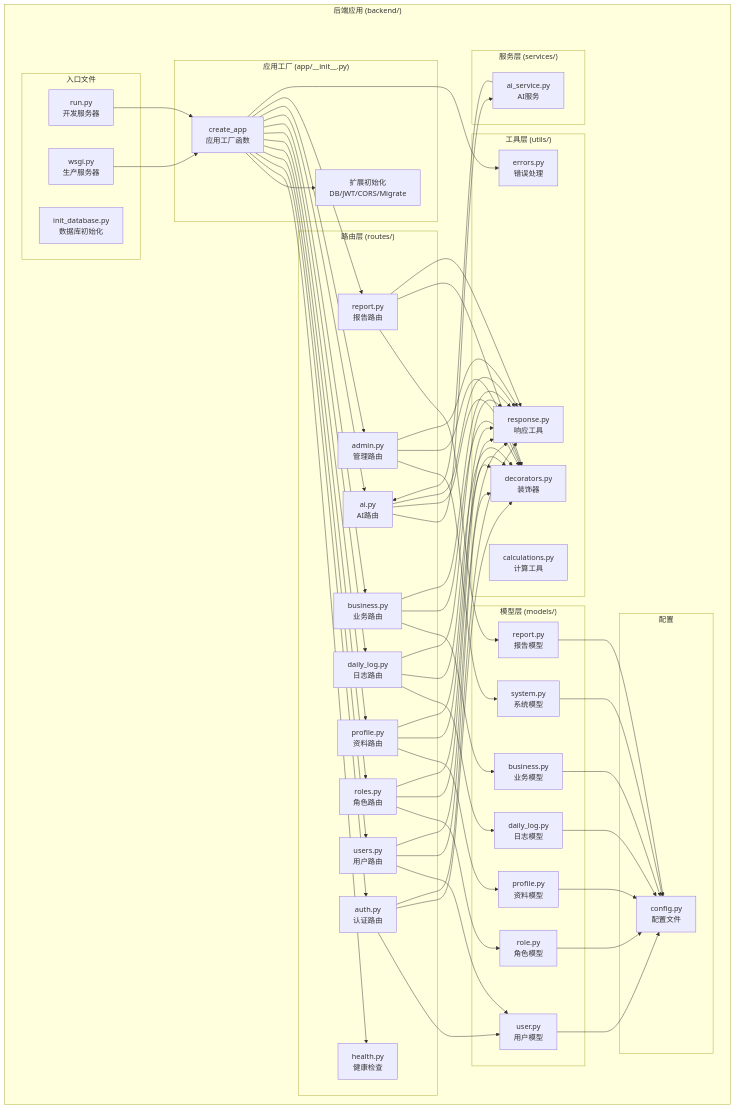
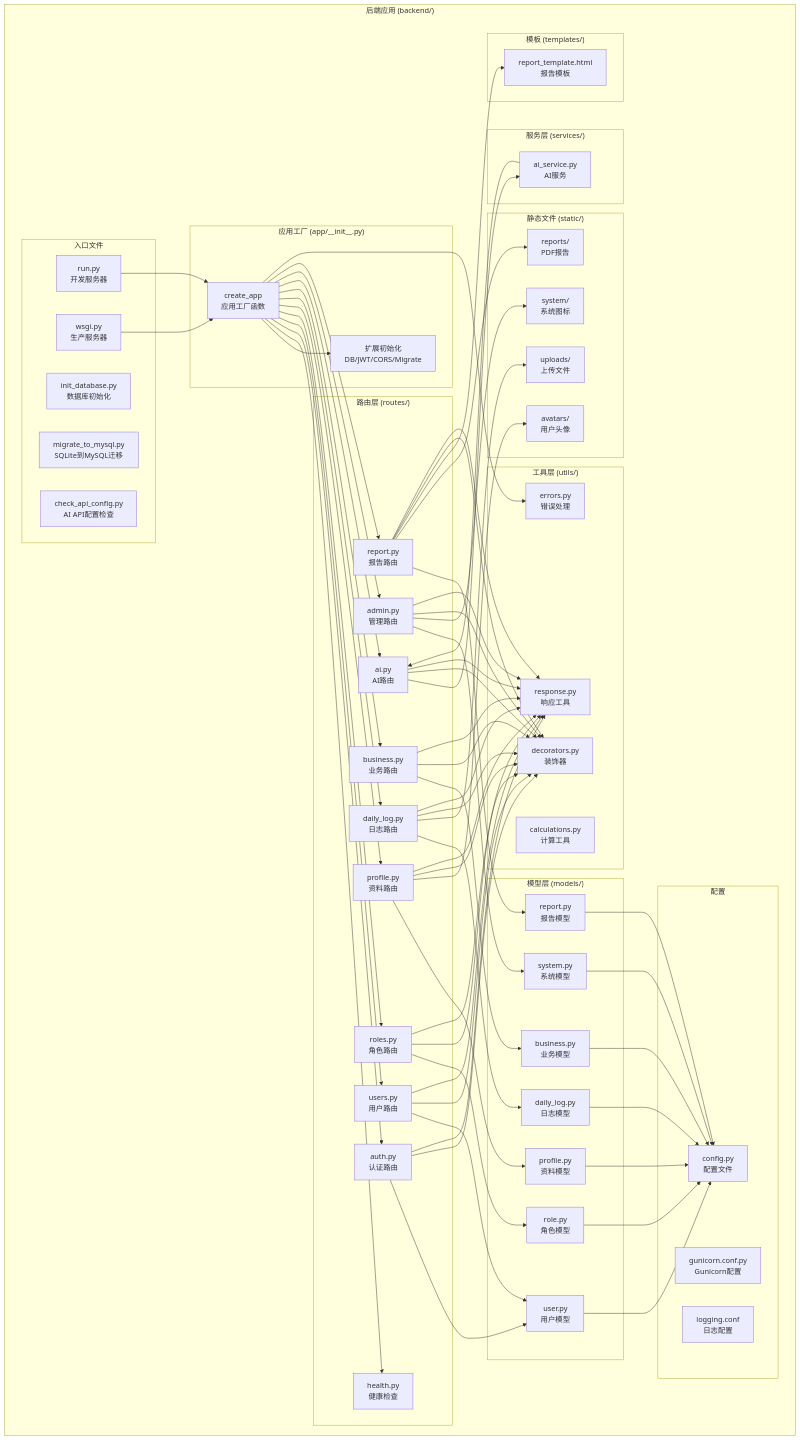
One commit to junyiPayne/- changed the fourth of 8 diagrams in 项目结构图.md. Above: the diagram before and after it, drawn with Mermaid. The commit also changed other lines of this file and 82 other files, not shown here.

```diff
--- a/项目结构图.md
+++ b/项目结构图.md
@@ -191,6 +201,8 @@
             Run["run.py<br/>开发服务器"]
             WSGI["wsgi.py<br/>生产服务器"]
             Init["init_database.py<br/>数据库初始化"]
+            Migrate["migrate_to_mysql.py<br/>SQLite到MySQL迁移"]
+            CheckAPI["check_api_config.py<br/>AI API配置检查"]
         end
         
         subgraph AppFactory["应用工厂 (app/__init__.py)"]
@@ -232,8 +244,21 @@
             Calculations["calculations.py<br/>计算工具"]
         end
         
+        subgraph StaticLayer["静态文件 (static/)"]
+            Avatars["avatars/<br/>用户头像"]
+            Reports["reports/<br/>PDF报告"]
+            Uploads["uploads/<br/>上传文件"]
+            System["system/<br/>系统图标"]
+        end
+        
+        subgraph TemplatesLayer["模板 (templates/)"]
+            ReportTemplate["report_template.html<br/>报告模板"]
+        end
+        
         subgraph ConfigLayer["配置"]
             Config["config.py<br/>配置文件"]
+            Gunicorn["gunicorn.conf.py<br/>Gunicorn配置"]
+            Logging["logging.conf<br/>日志配置"]
         end
     end
     
@@ -259,6 +284,12 @@
     BusinessRoute --> BusinessModel
     ReportRoute --> ReportModel
     Admin --> SystemModel
+    
+    ProfileRoute --> Avatars
+    DailyLogRoute --> Uploads
+    ReportRoute --> Reports
+    ReportRoute --> ReportTemplate
+    Admin --> System
     
     AIRoute --> AIService
     AIService --> AIRoute
```
